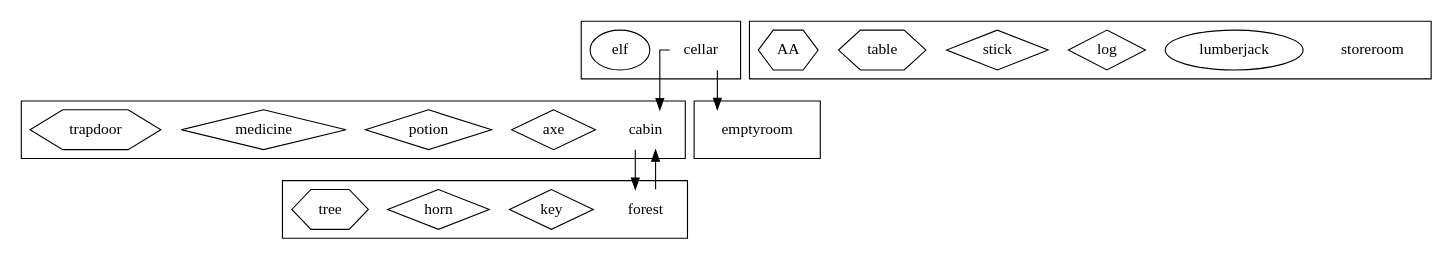
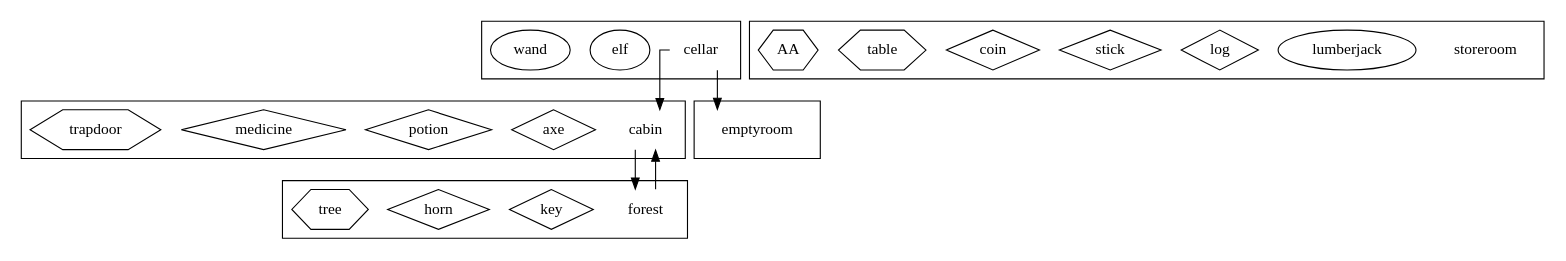
The diagram in config/testCustom-entities.dot (TomRaynes/Text-Adventure-Game-Engine), drawn with Graphviz before and after one commit. The commit also changed 18 other files, not shown here.

```diff
--- a/config/testCustom-entities.dot
+++ b/config/testCustom-entities.dot
@@ -1,80 +1,85 @@
 digraph layout {
     /* ortho splines just makes the arrows into straight lines (rather than curvy ones !) */
     splines = ortho;
     node [shape = "rect"];
 
     subgraph locations {
         subgraph cluster001 {
             node [shape = "none"];
             cabin [description = "A log cabin in the woods"];
             subgraph artefacts {
                 node [shape = "diamond"];
                 axe [description = "A razor sharp axe"];
                 potion [description = "Magic potion"];
                 medicine [description = "Some medicine"];
             }
             subgraph furniture {
                 node [shape = "hexagon"];
                 trapdoor [description = "Wooden trapdoor"];
             }
         }
 
         subgraph cluster002 {
             node [shape = "none"];
             forest [description = "A dark forest"];
             subgraph artefacts {
                 node [shape = "diamond"];
                 key [description = "Brass key"];
                 horn [description = "An old brass horn"];
             }
             subgraph furniture {
                 node [shape = "hexagon"];
                 tree [description = "A big tree"];
             }
         }
 
         subgraph cluster003 {
             node [shape = "none"];
             cellar [description = "A dusty cellar"]
             subgraph characters {
                 node [shape = "ellipse"];
                 elf [description = "Angry Elf"];
             }
+            subgraph artefacts {
+                node [shape = "ellipse"];
+                wand [description = "A magic wand"];
+            }
         }
 
         subgraph cluster004 {
             node [shape = "none"];
             emptyroom [description = "An empty room"]
             subgraph characters {
                 node [shape = "ellipse"];
             }
         }
 
         subgraph cluster999 {
             node [shape = "none"];
             storeroom [description = "Storage for any entities not placed in the game"]
             subgraph characters {
                 node [shape = "ellipse"];
                 lumberjack [description = "A burly wood cutter"];
             }
             subgraph artefacts {
                 node [shape = "diamond"];
                 log [description = "A heavy wooden log"];
                 stick [description = "A stick"];
+                coin [description = "A gold coin"];
 
             }
             subgraph furniture {
                 node [shape = "hexagon"];
                 table [description = "A table"];AA
             }
         }
     }
 
     subgraph paths {
         cabin -> forest;
         forest -> cabin;
         cellar -> cabin;
         cellar -> emptyroom;
     }
 
 }
```
